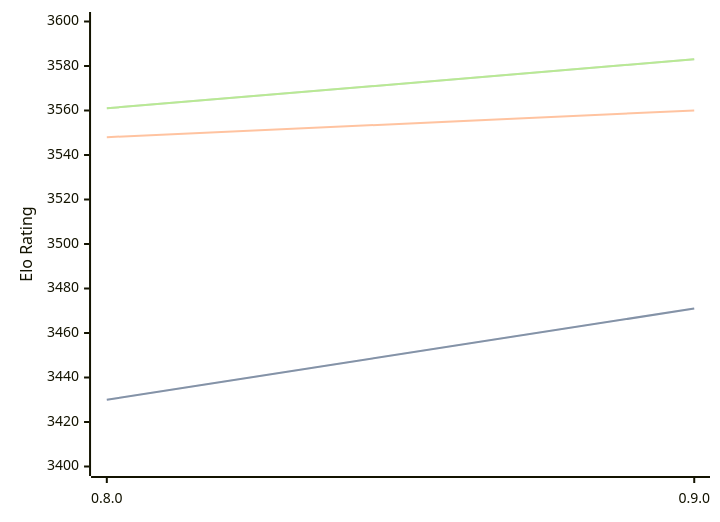
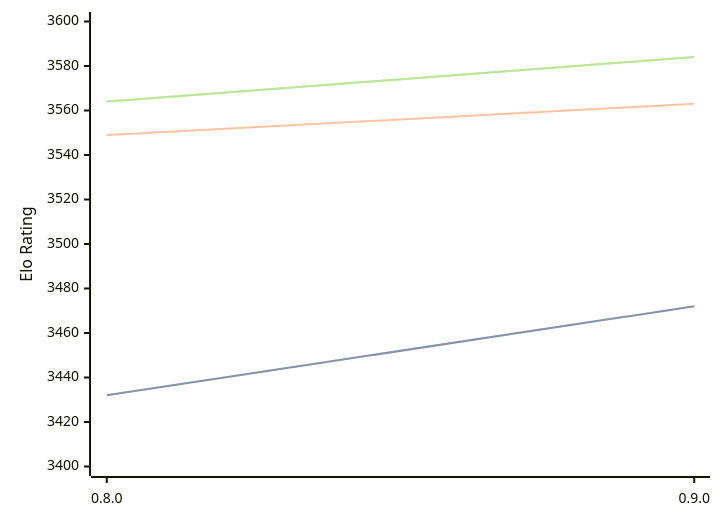
One commit to computer-chess-index/cci changed the diagram in engines/Reckless.md. Above: the diagram before and after it, drawn with Mermaid. The commit also changed other lines of this file, not shown here.

Commit message:
Update CCI Ratings (ELO VLTC) - 2026-08-15

````diff
--- a/engines/Reckless.md
+++ b/engines/Reckless.md
@@ -32,11 +32,11 @@
 ```mermaid
 %%{init: {"theme":"base","themeVariables":{"seriesColors:['#a3a3a3','#222221','#faa371']}}}%%
 xychart-beta
   x-axis ["0.8.0", "0.9.0"]
   y-axis "Elo Rating" 3400 --> 3600
-  line "STC (8.0+0.08s)" [3430, 3471]
-  line "STC (8.0+0.08s)" [3430, 3471]
-  line "LTC (60.0+0.60s)" [3548, 3560]
-  line "VLTC (2m24s+1.12s)" [3561, 3583]
-  line "VLTC (2m24s+1.12s)" [3561, 3583]
+  line "STC (8.0+0.08s)" [3432, 3472]
+  line "STC (8.0+0.08s)" [3432, 3472]
+  line "LTC (60.0+0.60s)" [3549, 3563]
+  line "VLTC (2m24s+1.12s)" [3564, 3584]
+  line "VLTC (2m24s+1.12s)" [3564, 3584]
 ```
````
